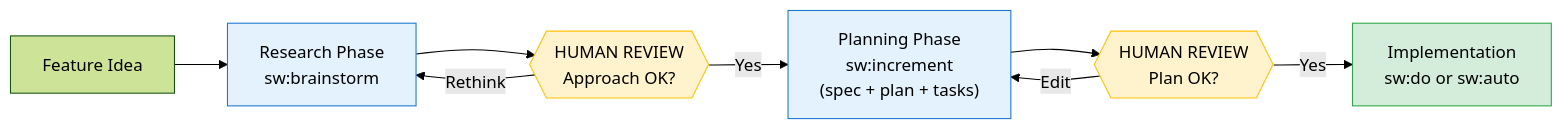
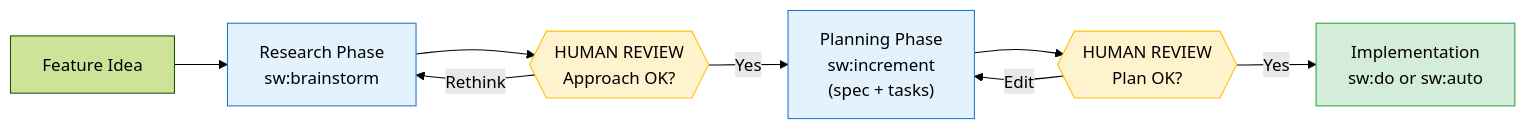
Before and after one commit to anton-abyzov/specweave: the second of 4 diagrams in docs-site/docs/workflows/planning.md, drawn with Mermaid (forest theme). The commit also changed 8 other files, not shown here.

````diff
--- a/docs-site/docs/workflows/planning.md
+++ b/docs-site/docs/workflows/planning.md
@@ -39,16 +39,16 @@
 ```mermaid
 graph LR
     A["Feature Idea"] --> B["Research Phase<br/>sw:brainstorm"]
     B --> C{{"HUMAN REVIEW<br/>Approach OK?"}}
-    C -->|Yes| D["Planning Phase<br/>sw:increment<br/>(spec + plan + tasks)"]
+    C -->|Yes| D["Planning Phase<br/>sw:increment<br/>(spec + tasks)"]
     D --> E{{"HUMAN REVIEW<br/>Plan OK?"}}
     E -->|Yes| F["Implementation<br/>sw:do or sw:auto"]
     E -->|Edit| D
     C -->|Rethink| B
 
     style C fill:#fff3cd,stroke:#ffc107,color:#000
     style E fill:#fff3cd,stroke:#ffc107,color:#000
     style B fill:#e3f2fd,stroke:#1976d2
     style D fill:#e3f2fd,stroke:#1976d2
     style F fill:#d4edda,stroke:#28a745
 ```
````
